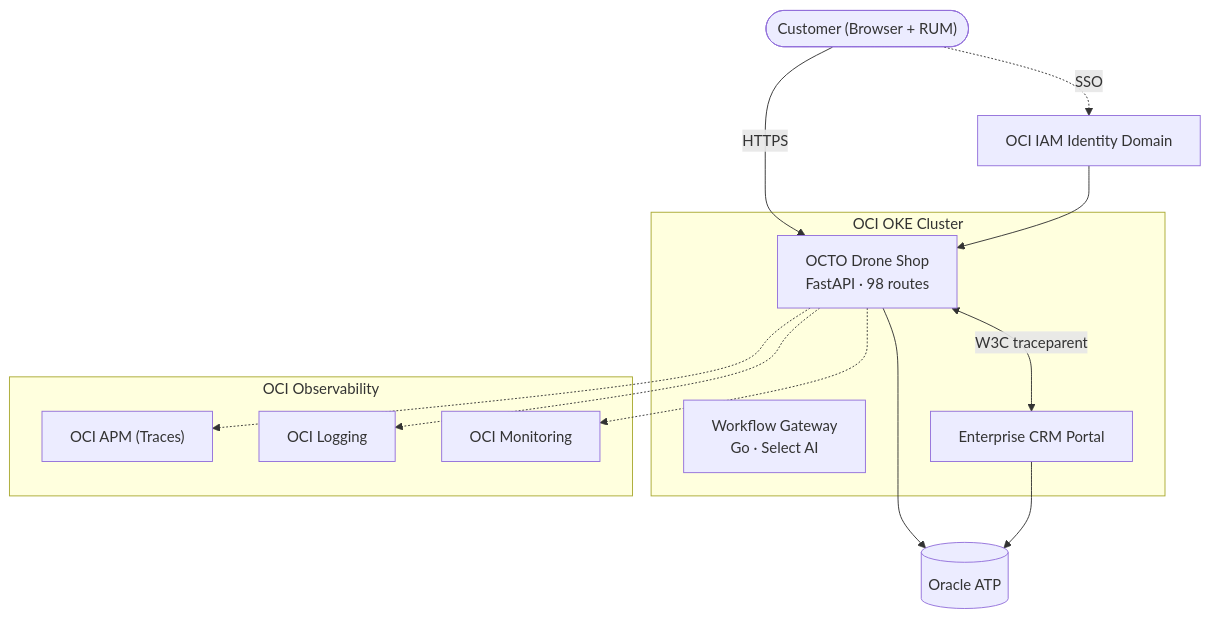
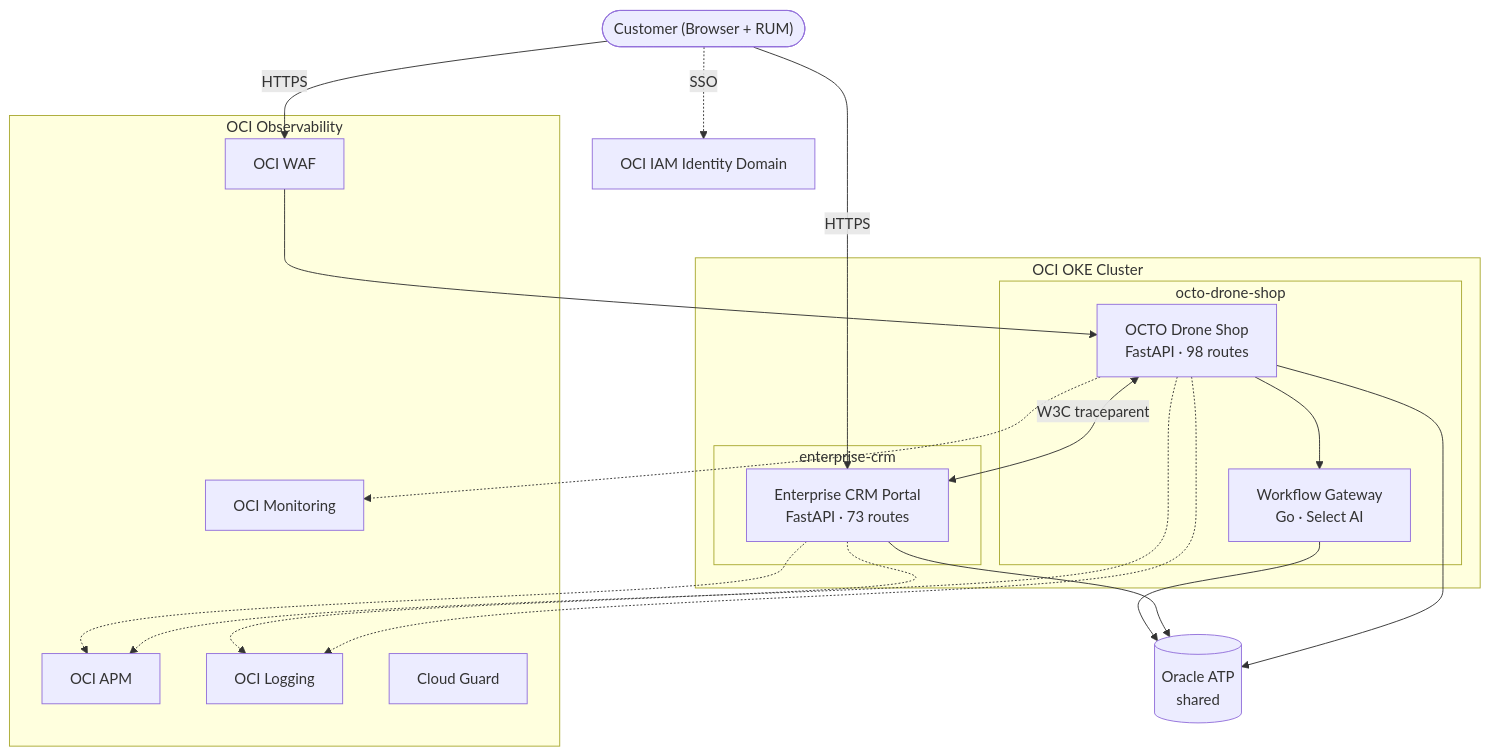
One commit to adibirzu/octo-apm-demo changed the diagram in site/index.md. Above: the diagram before and after it, drawn with Mermaid. The commit also changed other lines of this file and 13 other files, not shown here.

First line of the commit message:
docs: unified platform docs with Enterprise CRM Portal + DB integration

````diff
--- a/site/index.md
+++ b/site/index.md
@@ -54,28 +77,39 @@
 ```mermaid
 flowchart TD
     Customer(["Customer (Browser + RUM)"])
     IDCS["OCI IAM Identity Domain"]
 
     subgraph OKE ["OCI OKE Cluster"]
-        DroneShop["OCTO Drone Shop<br/>FastAPI · 98 routes"]
-        WorkflowGW["Workflow Gateway<br/>Go · Select AI"]
-        CRM["Enterprise CRM Portal"]
+        subgraph NS1 ["octo-drone-shop"]
+            DroneShop["OCTO Drone Shop<br/>FastAPI · 98 routes"]
+            WGW["Workflow Gateway<br/>Go · Select AI"]
+        end
+        subgraph NS2 ["enterprise-crm"]
+            CRM["Enterprise CRM Portal<br/>FastAPI · 73 routes"]
+        end
     end
 
-    subgraph Observability ["OCI Observability"]
-        APM["OCI APM (Traces)"]
+    subgraph OCI ["OCI Observability"]
+        APM["OCI APM"]
         Logging["OCI Logging"]
         Monitoring["OCI Monitoring"]
+        WAF["OCI WAF"]
+        CloudGuard["Cloud Guard"]
     end
 
-    DB[(Oracle ATP)]
+    DB[(Oracle ATP<br/>shared)]
 
-    Customer -->|HTTPS| DroneShop
-    Customer -.->|SSO| IDCS --> DroneShop
-    DroneShop <-->|W3C traceparent| CRM
+    Customer -->|HTTPS| WAF --> DroneShop
+    Customer -->|HTTPS| CRM
+    Customer -.->|SSO| IDCS
+    DroneShop <-->|"W3C traceparent"| CRM
+    DroneShop --> WGW
     DroneShop --> DB
     CRM --> DB
+    WGW --> DB
     DroneShop -.-> APM
+    CRM -.-> APM
     DroneShop -.-> Logging
+    CRM -.-> Logging
     DroneShop -.-> Monitoring
 ```
````
